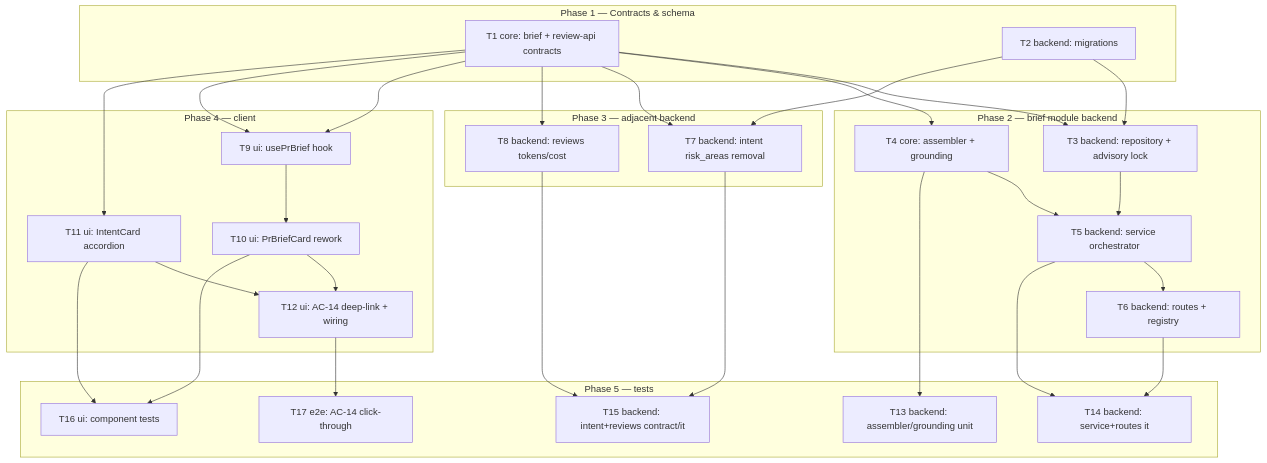
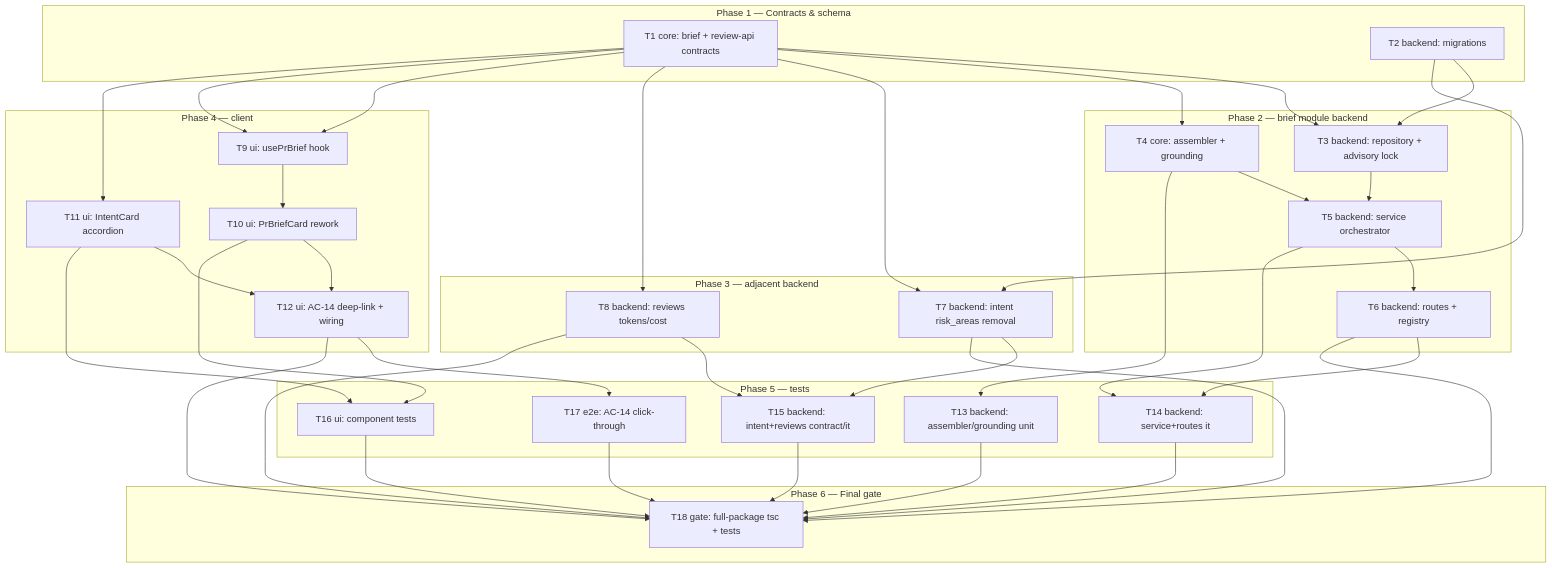
One commit to helga-cheberakha/dev-digest changed the diagram in docs/plans/PLAN-why-risk-brief.md. Above: the diagram before and after it, drawn with Mermaid. The commit also changed other lines of this file and 1 other file, not shown here.

````diff
--- a/docs/plans/PLAN-why-risk-brief.md
+++ b/docs/plans/PLAN-why-risk-brief.md
@@ -163,41 +192,45 @@
 ```mermaid
 flowchart TD
   subgraph P1[Phase 1 — Contracts & schema]
     T1[T1 core: brief + review-api contracts]
     T2[T2 backend: migrations]
   end
   subgraph P2[Phase 2 — brief module backend]
     T3[T3 backend: repository + advisory lock]
     T4[T4 core: assembler + grounding]
     T5[T5 backend: service orchestrator]
     T6[T6 backend: routes + registry]
   end
   subgraph P3[Phase 3 — adjacent backend]
     T7[T7 backend: intent risk_areas removal]
     T8[T8 backend: reviews tokens/cost]
   end
   subgraph P4[Phase 4 — client]
     T9[T9 ui: usePrBrief hook]
     T10[T10 ui: PrBriefCard rework]
     T11[T11 ui: IntentCard accordion]
     T12[T12 ui: AC-14 deep-link + wiring]
   end
   subgraph P5[Phase 5 — tests]
     T13[T13 backend: assembler/grounding unit]
     T14[T14 backend: service+routes it]
     T15[T15 backend: intent+reviews contract/it]
     T16[T16 ui: component tests]
     T17[T17 e2e: AC-14 click-through]
   end
+  subgraph P6[Phase 6 — Final gate]
+    T18[T18 gate: full-package tsc + tests]
+  end
   T1 --> T3 & T4 & T7 & T8 & T9
   T2 --> T3 & T7
   T3 & T4 --> T5 --> T6
   T1 --> T9 --> T10
   T1 --> T11
   T10 & T11 --> T12
   T4 --> T13
   T5 & T6 --> T14
   T7 & T8 --> T15
   T10 & T11 --> T16
   T12 --> T17
+  T6 & T7 & T8 & T12 & T13 & T14 & T15 & T16 & T17 --> T18
 ```
````
